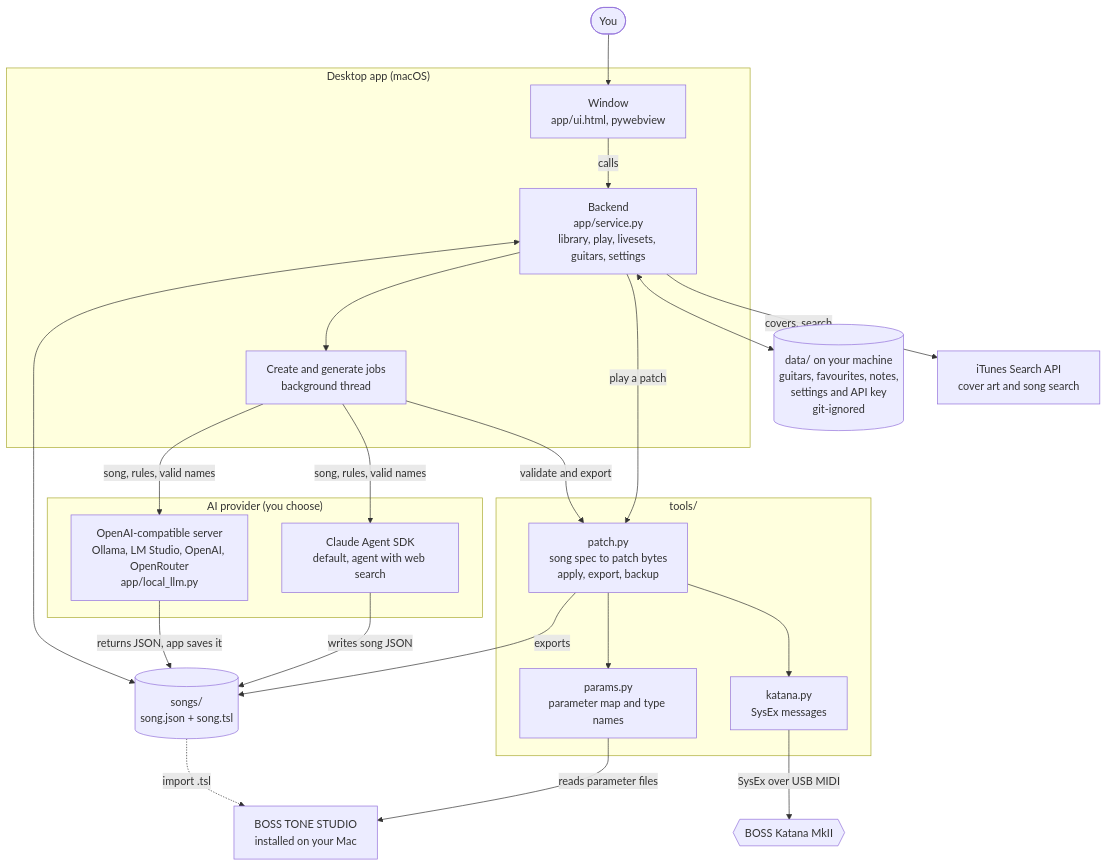
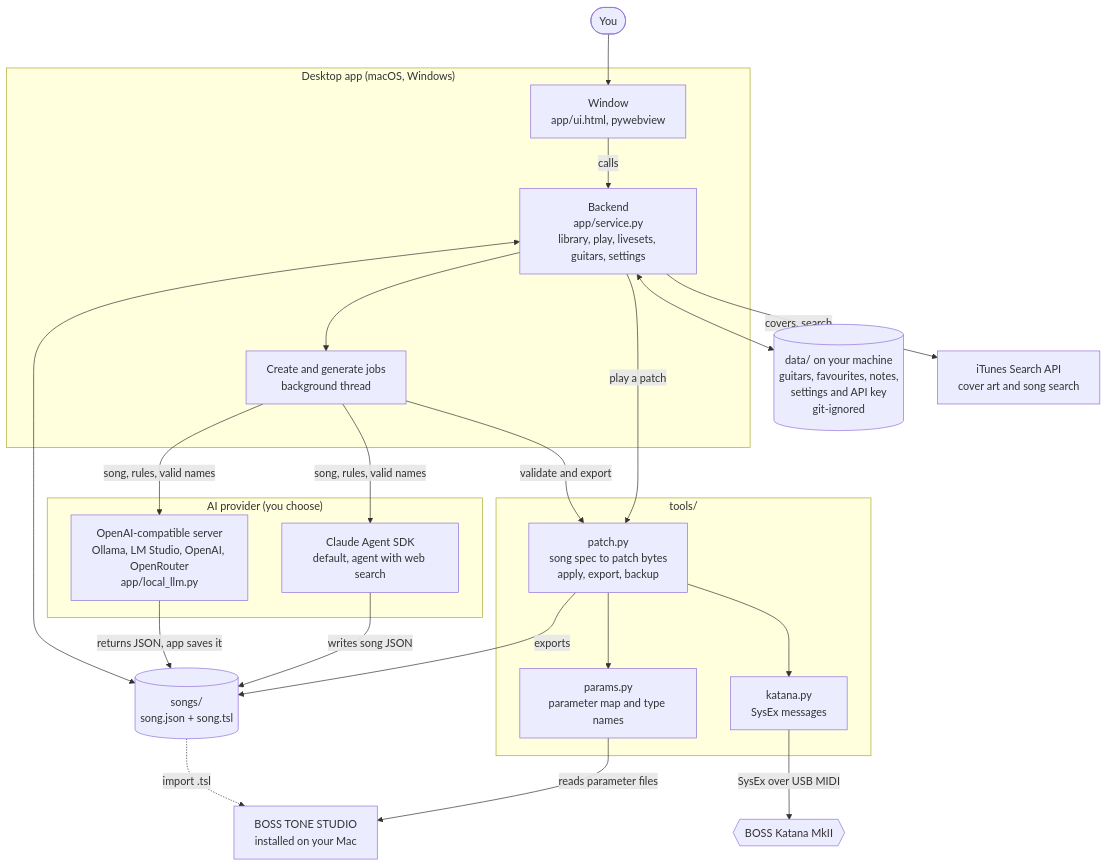
One commit to fischerp/tonenai changed the first of 2 diagrams in README.md. Above: the diagram before and after it, drawn with Mermaid. The commit also changed other lines of this file and 12 other files, not shown here.

````diff
--- a/README.md
+++ b/README.md
@@ -61,42 +76,42 @@
 ```mermaid
 flowchart TB
     YOU(["You"])
-    subgraph APP["Desktop app (macOS)"]
+    subgraph APP["Desktop app (macOS, Windows)"]
         UI["Window<br/>app/ui.html, pywebview"]
         SVC["Backend<br/>app/service.py<br/>library, play, livesets, guitars, settings"]
         JOB["Create and generate jobs<br/>background thread"]
     end
     subgraph AIL["AI provider (you choose)"]
         CL["Claude Agent SDK<br/>default, agent with web search"]
         OA["OpenAI-compatible server<br/>Ollama, LM Studio, OpenAI, OpenRouter<br/>app/local_llm.py"]
     end
     subgraph TOOLS["tools/"]
         PATCH["patch.py<br/>song spec to patch bytes<br/>apply, export, backup"]
         PARAMS["params.py<br/>parameter map and type names"]
         KAT["katana.py<br/>SysEx messages"]
     end
     SONGS[("songs/<br/>song.json + song.tsl")]
     DATA[("data/ on your machine<br/>guitars, favourites, notes,<br/>settings and API key<br/>git-ignored")]
     TS["BOSS TONE STUDIO<br/>installed on your Mac"]
     AMP{{"BOSS Katana MkII"}}
     ITUNES["iTunes Search API<br/>cover art and song search"]
 
     YOU --> UI
     UI -->|"calls"| SVC
     SVC --> JOB
     JOB -->|"song, rules, valid names"| CL
     JOB -->|"song, rules, valid names"| OA
     CL -->|"writes song JSON"| SONGS
     OA -->|"returns JSON, app saves it"| SONGS
     SVC <--> SONGS
     SVC <--> DATA
     SVC -->|"play a patch"| PATCH
     JOB -->|"validate and export"| PATCH
     PATCH --> PARAMS
     PARAMS -->|"reads parameter files"| TS
     PATCH --> KAT
     KAT -->|"SysEx over USB MIDI"| AMP
     PATCH -->|"exports"| SONGS
     SONGS -.->|"import .tsl"| TS
     SVC -->|"covers, search"| ITUNES
 ```
````
